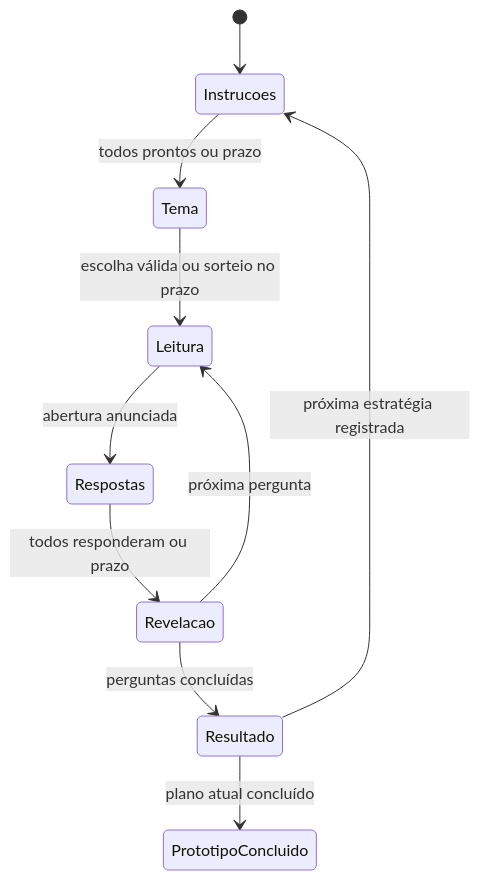
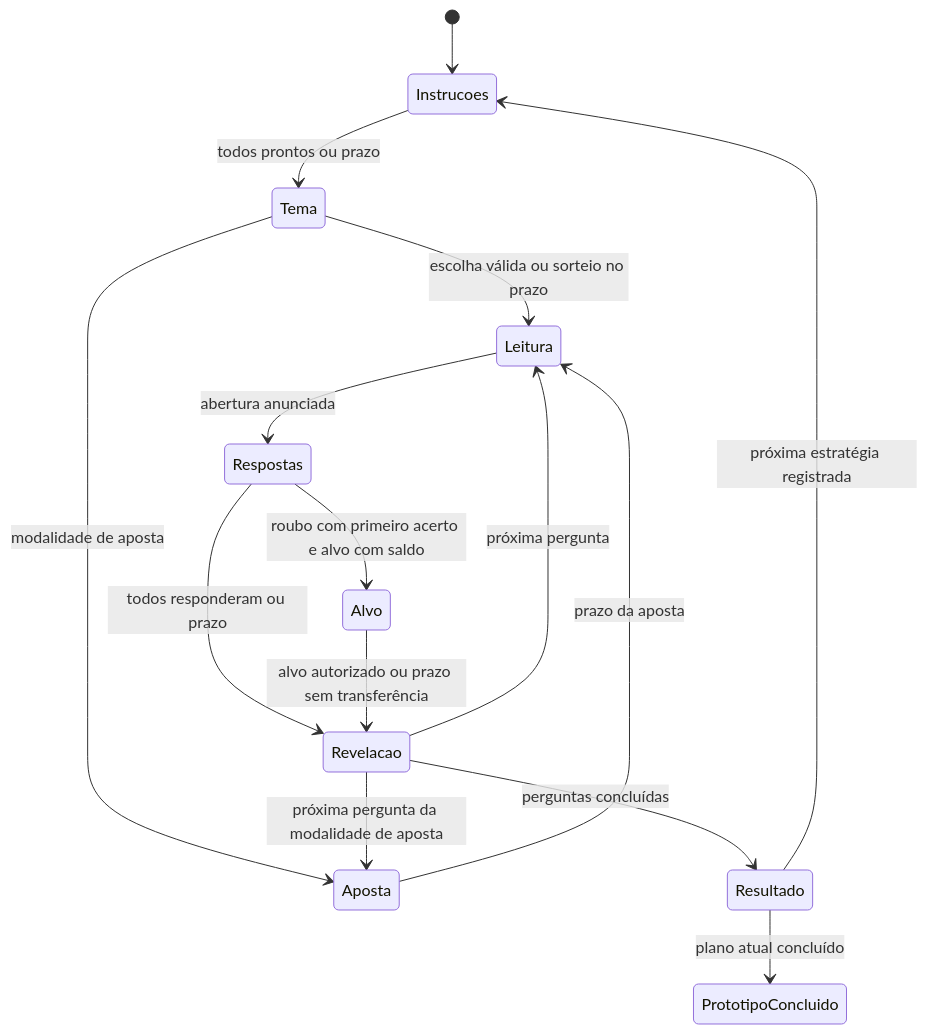
One commit to ninguemdev/PENSHOW changed the diagram in docs/motor-de-partida.md. Above: the diagram before and after it, drawn with Mermaid. The commit also changed other lines of this file and 99 other files, not shown here.

````diff
--- a/docs/motor-de-partida.md
+++ b/docs/motor-de-partida.md
@@ -13,12 +13,17 @@
 ```mermaid
 stateDiagram-v2
   [*] --> Instrucoes
   Instrucoes --> Tema: todos prontos ou prazo
   Tema --> Leitura: escolha válida ou sorteio no prazo
+  Tema --> Aposta: modalidade de aposta
+  Aposta --> Leitura: prazo da aposta
   Leitura --> Respostas: abertura anunciada
   Respostas --> Revelacao: todos responderam ou prazo
+  Respostas --> Alvo: roubo com primeiro acerto e alvo com saldo
+  Alvo --> Revelacao: alvo autorizado ou prazo sem transferência
   Revelacao --> Leitura: próxima pergunta
+  Revelacao --> Aposta: próxima pergunta da modalidade de aposta
   Revelacao --> Resultado: perguntas concluídas
   Resultado --> Instrucoes: próxima estratégia registrada
   Resultado --> PrototipoConcluido: plano atual concluído
 ```
````
